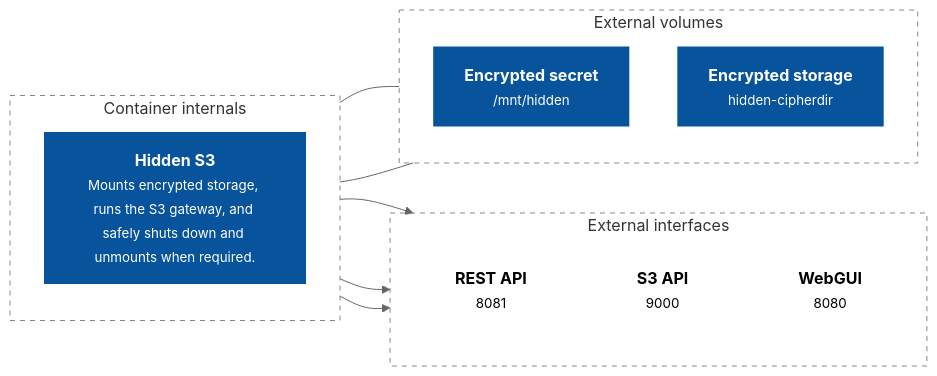
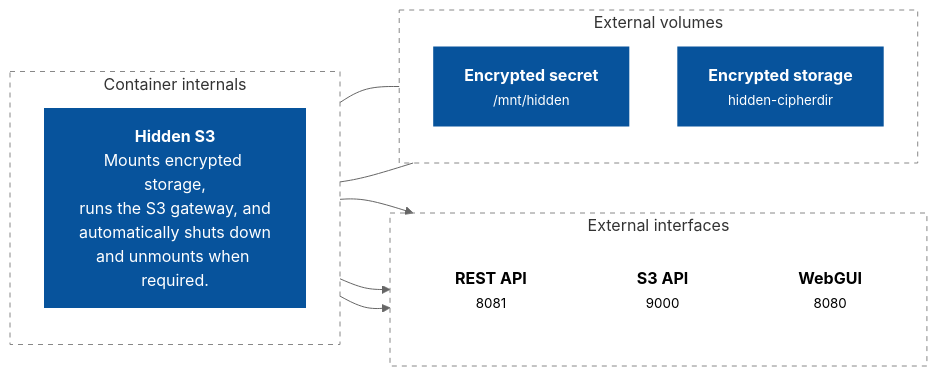
One commit to artabramov/hidden changed the diagram in README.md. Above: the diagram before and after it, drawn with Mermaid (neutral theme).

Commit message:
Fixed Mermaid schema

````diff
--- a/README.md
+++ b/README.md
@@ -88,37 +88,37 @@
 ```mermaid
 flowchart LR
     subgraph EXT["External interfaces"]
         direction TB
         REST["<b>REST API</b><br/><small>8081</small>"]
         S3["<b>S3 API</b><br/><small>9000</small>"]
         GUI["<b>WebGUI</b><br/><small>8080</small>"]
     end
 
     subgraph INT["Container internals"]
         direction TB
-        H["<b>Hidden S3</b><br/><small>Mounts encrypted storage, runs the S3 gateway, and safely shuts down and unmounts when required.</small>"]
+        H["<b>Hidden S3</b><br/>Mounts encrypted storage,<br/>runs the S3 gateway, and<br/>automatically shuts down<br/>and unmounts when required."]
     end
 
     subgraph VOL["External volumes"]
         direction TB
         SECRET["<b>Encrypted secret</b><br/><small>/mnt/hidden</small>"]
         STORAGE["<b>Encrypted storage</b></br><small>hidden-cipherdir</small>"]
     end
 
     H --> REST
     H --> S3
     H --> GUI
 
     H --- SECRET
     H --- STORAGE
 
     classDef blue fill:#07539c,color:#fff,stroke:#07539c,stroke-width:2px;
     classDef interface fill:#fff,color:#000,stroke:none;
 
     class H,SECRET,STORAGE blue;
     class REST,S3,GUI interface;
 
     style EXT fill:none,stroke:#888,stroke-dasharray:5 5
     style INT fill:none,stroke:#888,stroke-dasharray:5 5
     style VOL fill:none,stroke:#888,stroke-dasharray:5 5
 ```
````
